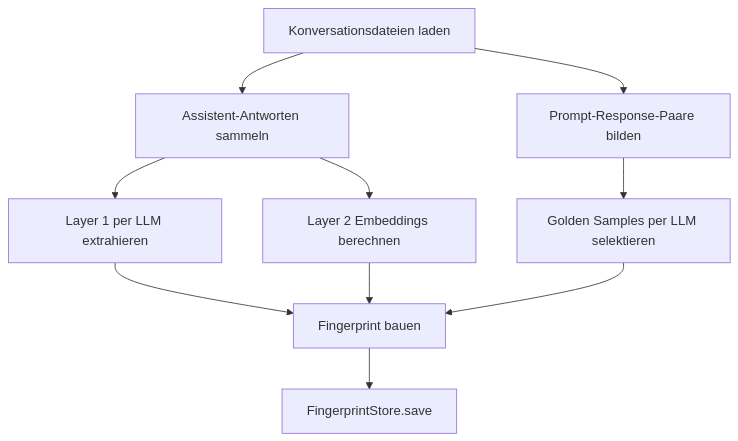
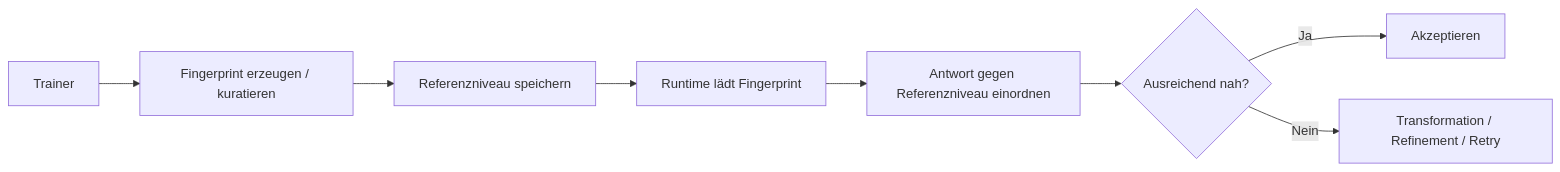
Before and after one commit to max-dingsda/MDAL: the diagram in Docs/04-trainer-and-fingerprint.md, drawn with Mermaid. The commit also changed other lines of this file and 7 other files, not shown here.

````diff
--- a/Docs/04-trainer-and-fingerprint.md
+++ b/Docs/04-trainer-and-fingerprint.md
@@ -82,12 +100,10 @@
 ```mermaid
-flowchart TD
-    A[Konversationsdateien laden] --> B[Assistent-Antworten sammeln]
-    B --> C[Layer 1 per LLM extrahieren]
-    B --> D[Layer 2 Embeddings berechnen]
-    A --> E[Prompt-Response-Paare bilden]
-    E --> F[Golden Samples per LLM selektieren]
-    C --> G[Fingerprint bauen]
-    D --> G
-    F --> G
-    G --> H[FingerprintStore.save]
+flowchart LR
+    A[Trainer] --> B[Fingerprint erzeugen / kuratieren]
+    B --> C[Referenzniveau speichern]
+    C --> D[Runtime lädt Fingerprint]
+    D --> E[Antwort gegen Referenzniveau einordnen]
+    E --> F{Ausreichend nah?}
+    F -- Ja --> G[Akzeptieren]
+    F -- Nein --> H[Transformation / Refinement / Retry]
 ```
````
